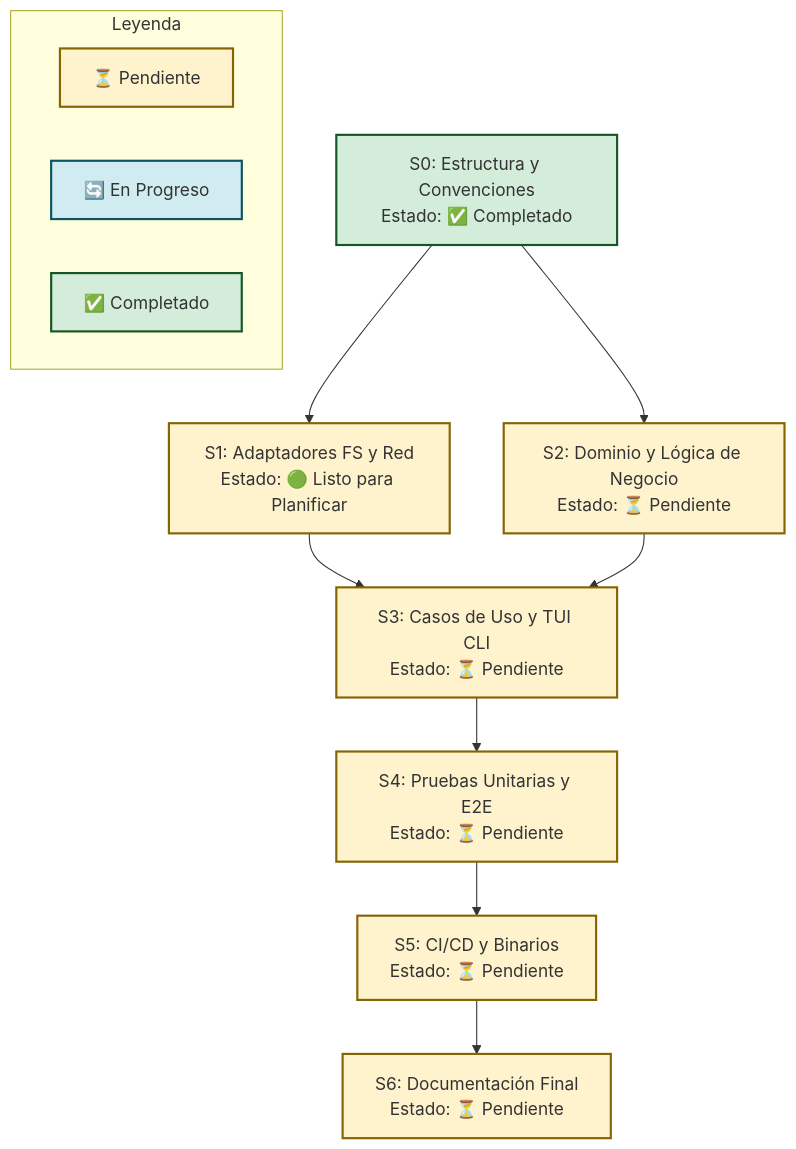
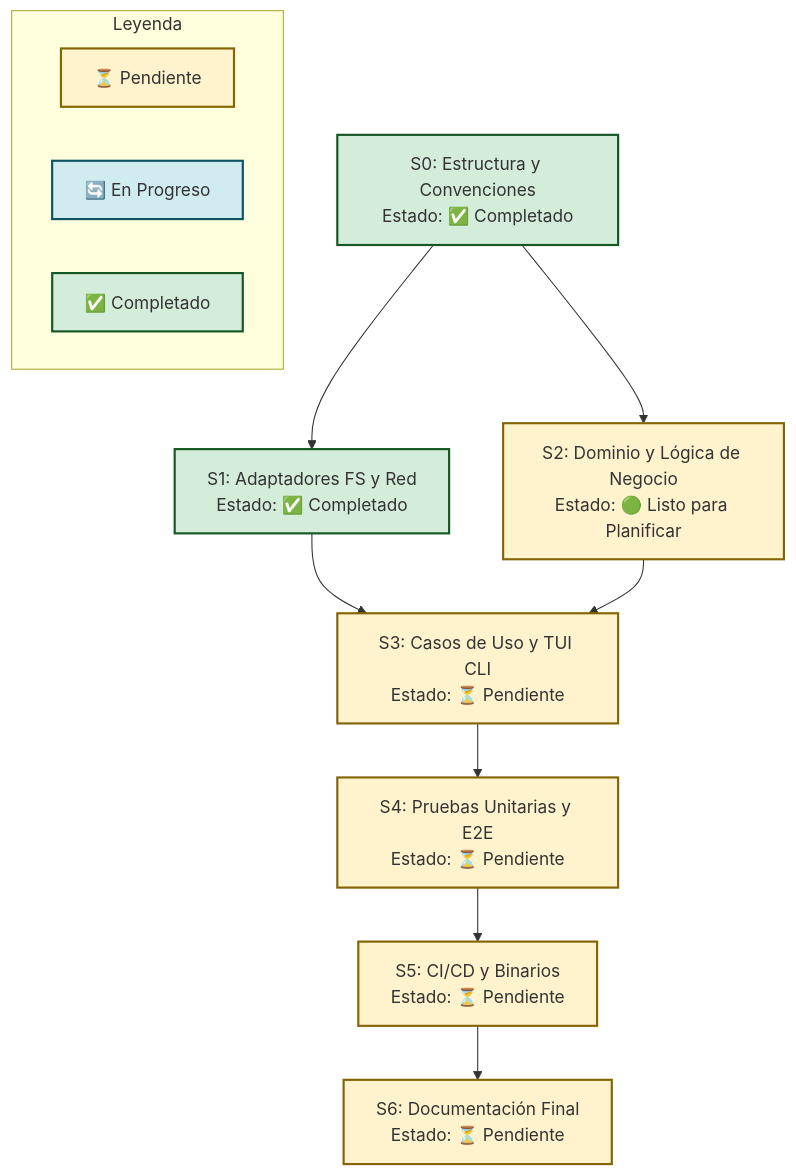
Before and after one commit to Fisherk2/codice-opencode: the diagram in docs/WORKFLOW.md, drawn with Mermaid. The commit also changed other lines of this file, not shown here.

````diff
--- a/docs/WORKFLOW.md
+++ b/docs/WORKFLOW.md
@@ -82,32 +84,32 @@
 ```mermaid
 graph TD
     %% Definición de estilos
     classDef pending fill:#fff3cd,stroke:#856404,stroke-width:2px;
     classDef progress fill:#d1ecf1,stroke:#0c5460,stroke-width:2px;
     classDef done fill:#d4edda,stroke:#155724,stroke-width:2px;
 
     %% Nodos del grafo
     S0[S0: Estructura y Convenciones<br/>Estado: ✅ Completado]:::done
-    S1[S1: Adaptadores FS y Red<br/>Estado: 🟢 Listo para Planificar]:::pending
-    S2[S2: Dominio y Lógica de Negocio<br/>Estado: ⏳ Pendiente]:::pending
+    S1[S1: Adaptadores FS y Red<br/>Estado: ✅ Completado]:::done
+    S2[S2: Dominio y Lógica de Negocio<br/>Estado: 🟢 Listo para Planificar]:::pending
     S3[S3: Casos de Uso y TUI CLI<br/>Estado: ⏳ Pendiente]:::pending
     S4[S4: Pruebas Unitarias y E2E<br/>Estado: ⏳ Pendiente]:::pending
     S5[S5: CI/CD y Binarios<br/>Estado: ⏳ Pendiente]:::pending
     S6[S6: Documentación Final<br/>Estado: ⏳ Pendiente]:::pending
 
     %% Flechas de dependencia (Grafo Dirigido Acíclico)
     S0 --> S1
     S0 --> S2
     S1 --> S3
     S2 --> S3
     S3 --> S4
     S4 --> S5
     S5 --> S6
 
     %% Leyenda
     subgraph Leyenda
         L1[⏳ Pendiente]:::pending
         L2[🔄 En Progreso]:::progress
         L3[✅ Completado]:::done
     end
 ```
````
